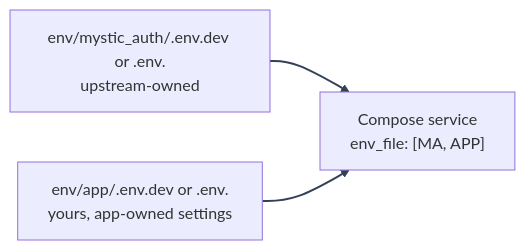
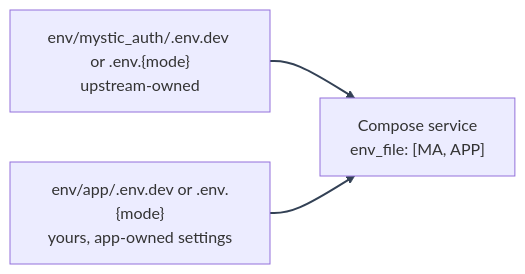
Before and after one commit to Nachiket-2024/mystic-auth: the diagram in docs/mystic_auth/environment/README.md, drawn with Mermaid. The commit also changed 497 other files, not shown here.

````diff
--- a/docs/mystic_auth/environment/README.md
+++ b/docs/mystic_auth/environment/README.md
@@ -51,10 +51,10 @@
 ```mermaid
 %%{init: {"themeVariables": {"lineColor": "#334155"}} }%%
 flowchart LR
-    MA["env/mystic_auth/.env.dev or .env.<mode>\nupstream-owned"]
-    APP["env/app/.env.dev or .env.<mode>\nyours, app-owned settings"]
+    MA["env/mystic_auth/.env.dev or .env.{mode}\nupstream-owned"]
+    APP["env/app/.env.dev or .env.{mode}\nyours, app-owned settings"]
     SVC["Compose service\nenv_file: [MA, APP]"]
     MA --> SVC
     APP --> SVC
     linkStyle default stroke:#334155,stroke-width:2px
 ```
````
